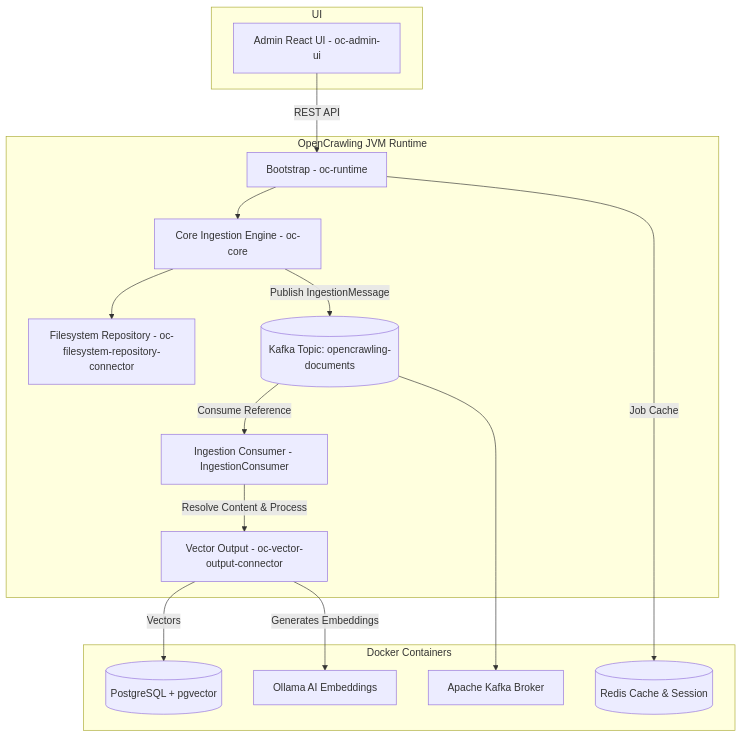
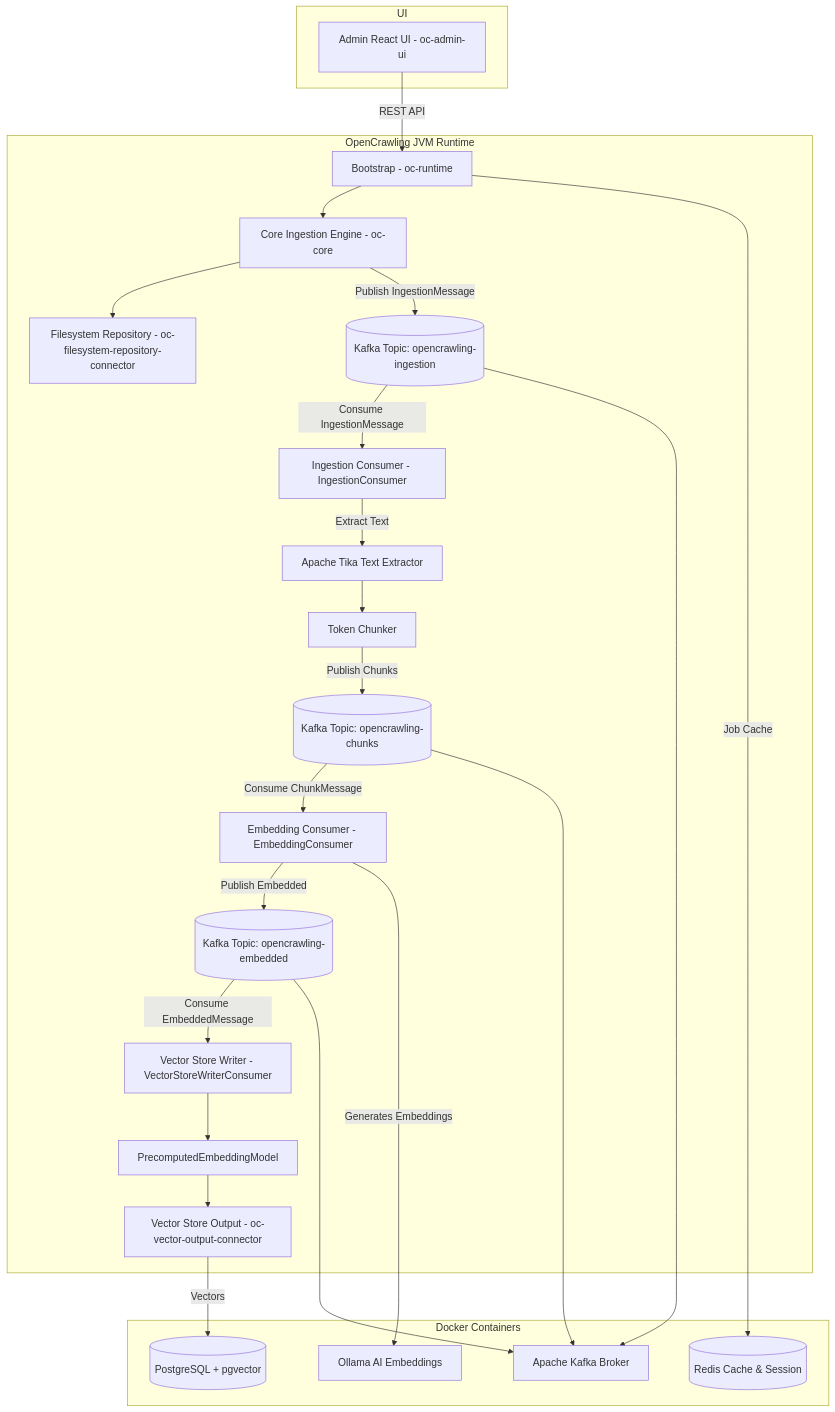
One commit to simonhearne/opencrawling changed the diagram in README.md. Above: the diagram before and after it, drawn with Mermaid. The commit also changed other lines of this file, not shown here.

Commit message:
updated the architecture diagram

````diff
--- a/README.md
+++ b/README.md
@@ -27,33 +27,54 @@
 ```mermaid
 graph TD
     subgraph UI
         UI_App[Admin React UI - oc-admin-ui]
     end
 
     subgraph Platform Runtime [OpenCrawling JVM Runtime]
         Core[Core Ingestion Engine - oc-core]
         Runtime[Bootstrap - oc-runtime]
         FS_Conn[Filesystem Repository - oc-filesystem-repository-connector]
-        Vec_Conn[Vector Output - oc-vector-output-connector]
-        Kafka_Cons[Ingestion Consumer - IngestionConsumer]
+        
+        Ing_Cons[Ingestion Consumer - IngestionConsumer]
+        Tika[Apache Tika Text Extractor]
+        Chunker[Token Chunker]
+        
+        Embed_Cons[Embedding Consumer - EmbeddingConsumer]
+        
+        Writer_Cons[Vector Store Writer - VectorStoreWriterConsumer]
+        Precompute_Model[PrecomputedEmbeddingModel]
+        Vec_Conn[Vector Store Output - oc-vector-output-connector]
         
         Runtime --> Core
         Core --> FS_Conn
-        Core -->|Publish IngestionMessage| Kafka[(Kafka Topic: opencrawling-documents)]
-        Kafka -->|Consume Reference| Kafka_Cons
-        Kafka_Cons -->|Resolve Content & Process| Vec_Conn
+        Core -->|Publish IngestionMessage| Ingest_Topic[(Kafka Topic: opencrawling-ingestion)]
+        
+        Ingest_Topic -->|Consume IngestionMessage| Ing_Cons
+        Ing_Cons -->|Extract Text| Tika
+        Tika --> Chunker
+        Chunker -->|Publish Chunks| Chunk_Topic[(Kafka Topic: opencrawling-chunks)]
+        
+        Chunk_Topic -->|Consume ChunkMessage| Embed_Cons
+        Embed_Cons -->|Publish Embedded| Embed_Topic[(Kafka Topic: opencrawling-embedded)]
+        
+        Embed_Topic -->|Consume EmbeddedMessage| Writer_Cons
+        Writer_Cons --> Precompute_Model
+        Precompute_Model --> Vec_Conn
     end
 
     subgraph Infrastructure [Docker Containers]
         PG[(PostgreSQL + pgvector)]
         Redis[(Redis Cache & Session)]
         Ollama[Ollama AI Embeddings]
         Kafka_Broker[Apache Kafka Broker]
     end
 
     UI_App -->|REST API| Runtime
     Vec_Conn -->|Vectors| PG
     Runtime -->|Job Cache| Redis
-    Vec_Conn -->|Generates Embeddings| Ollama
-    Kafka --> Kafka_Broker
+    Embed_Cons -->|Generates Embeddings| Ollama
+    
+    Ingest_Topic --> Kafka_Broker
+    Chunk_Topic --> Kafka_Broker
+    Embed_Topic --> Kafka_Broker
 ```
````
